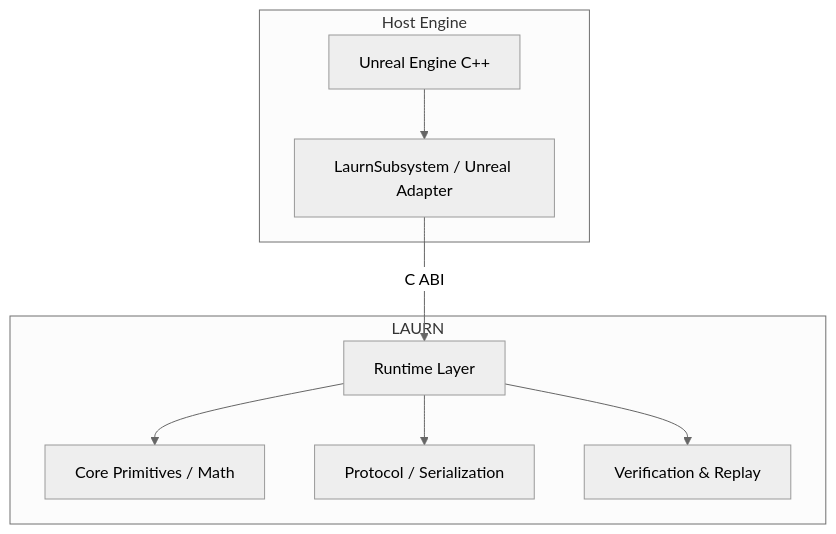
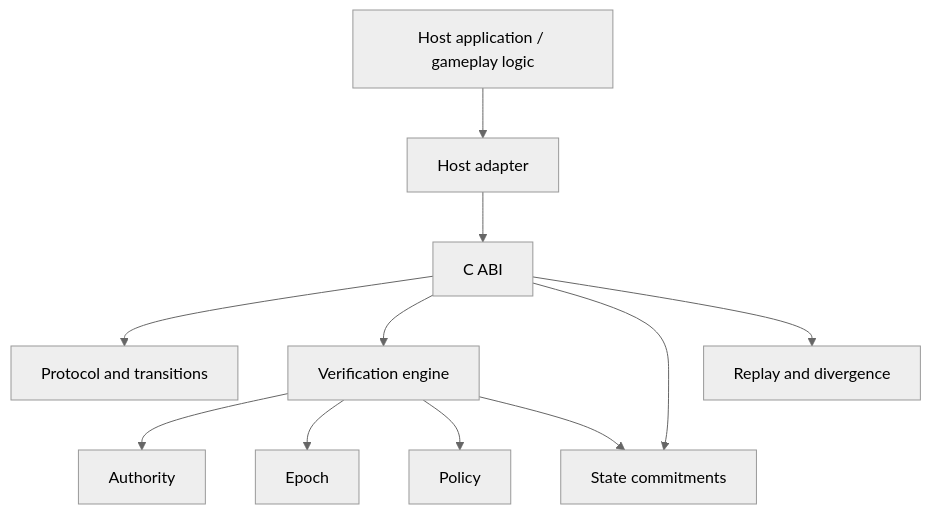
Before and after one commit to laurrybin/Laurn: the diagram in README.md, drawn with Mermaid (neutral theme). The commit also changed other lines of this file and 83 other files, not shown here.

First line of the commit message:
fix: strengthen runtime verification and Unreal integration (#9)

````diff
--- a/README.md
+++ b/README.md
@@ -17,19 +45,24 @@
 ```mermaid
 graph TD
-    subgraph Host Engine
-        UE[Unreal Engine C++]
-        Ad[LaurnSubsystem / Unreal Adapter]
-    end
-    subgraph LAURN
-        Run[Runtime Layer]
-        Core[Core Primitives / Math]
-        Pro[Protocol / Serialization]
-        Ver[Verification & Replay]
-    end
-    
-    UE --> Ad
-    Ad -->|C ABI| Run
-    Run --> Core
-    Run --> Pro
-    Run --> Ver
+    Host[Host application / gameplay logic]
+    Adapter[Host adapter]
+    ABI[C ABI]
+    Protocol[Protocol and transitions]
+    Verify[Verification engine]
+    Authority[Authority]
+    Epoch[Epoch]
+    Policy[Policy]
+    Commit[State commitments]
+    Replay[Replay and divergence]
+
+    Host --> Adapter
+    Adapter --> ABI
+    ABI --> Protocol
+    ABI --> Verify
+    ABI --> Commit
+    ABI --> Replay
+    Verify --> Authority
+    Verify --> Epoch
+    Verify --> Policy
+    Verify --> Commit
 ```
````
